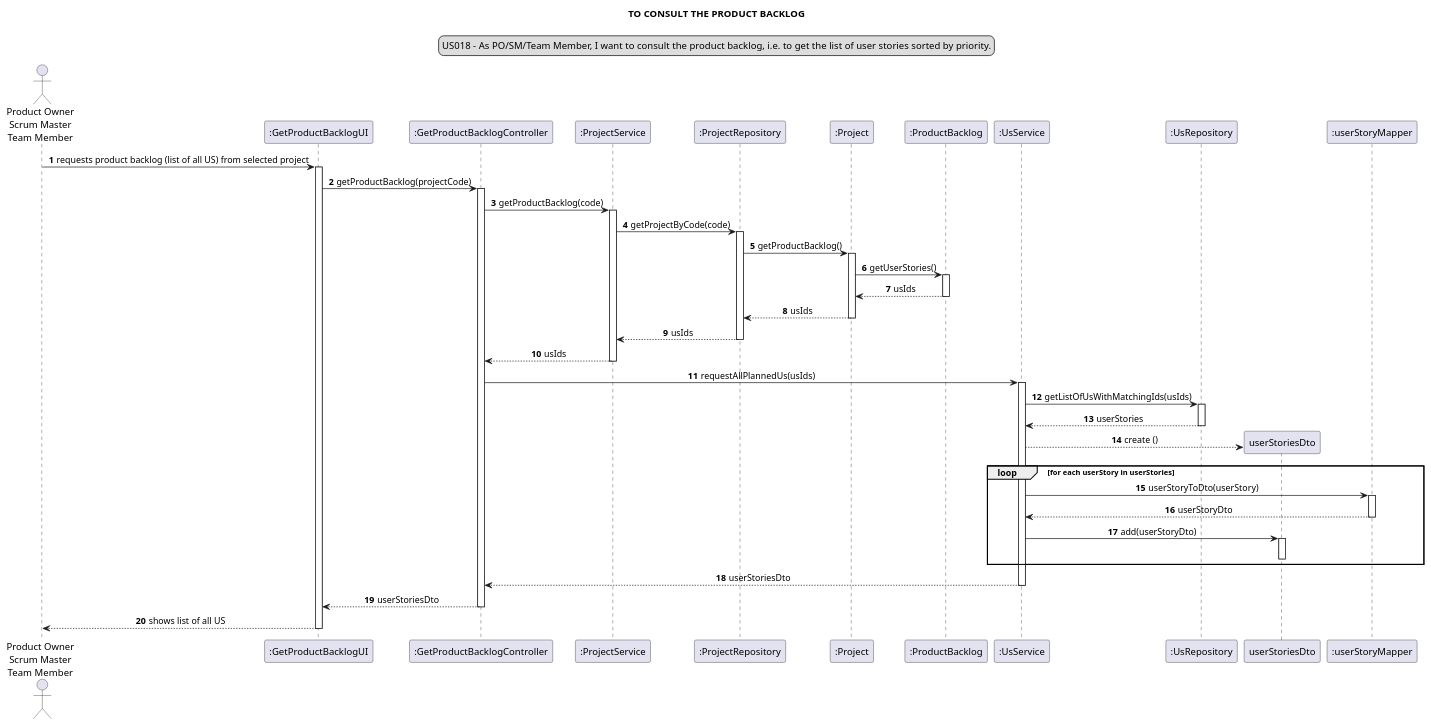
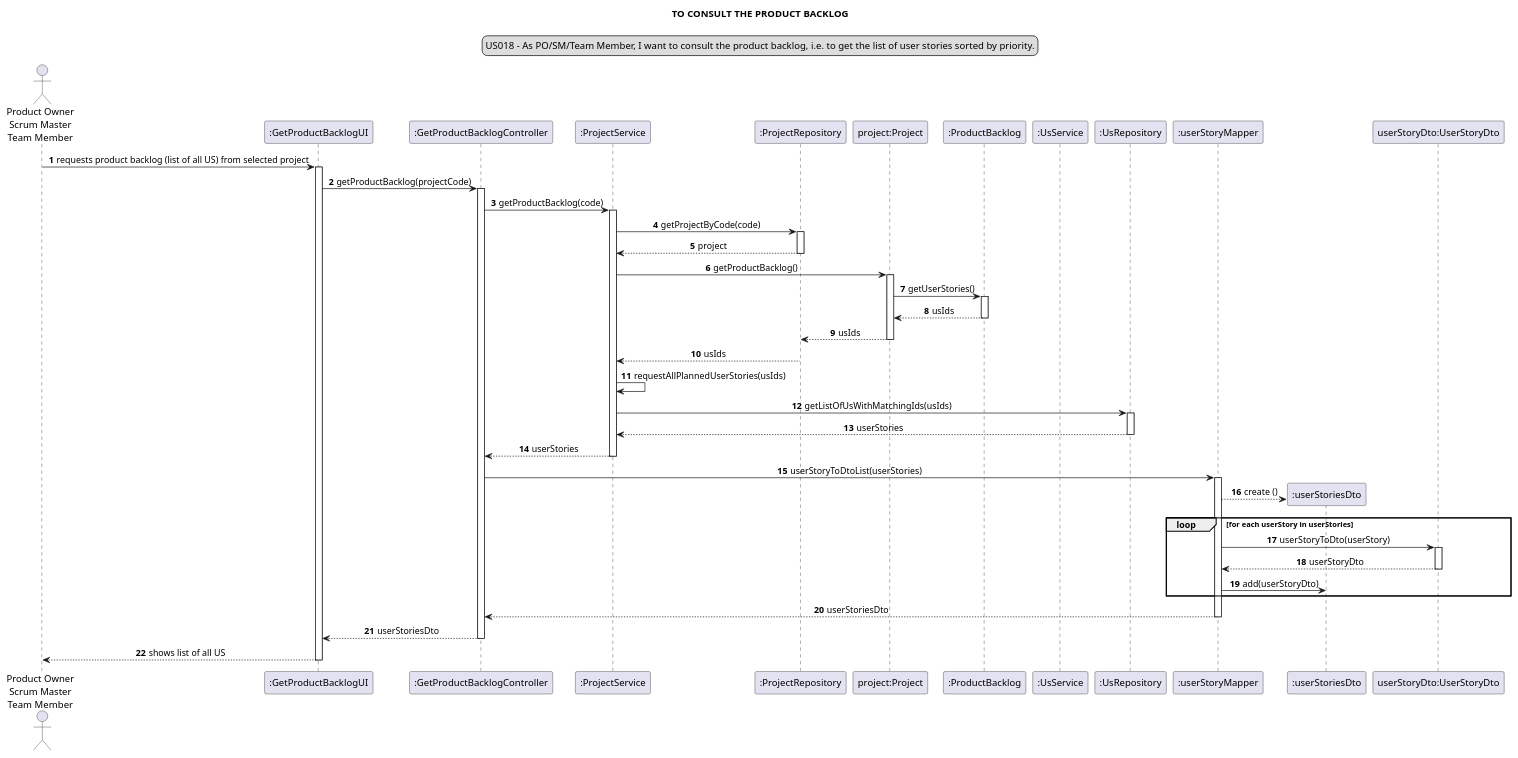
The diagram in docs/modelling_design/user_stories/sprint03/us018/US018_sequenceDiagram.puml (Loracline/project_switch_22-23), drawn with PlantUML before and after one commit.

Commit message:
US018 : Design: Update Sequence Diagram, addresses #275

```diff
--- a/docs/modelling_design/user_stories/sprint03/us018/US018_sequenceDiagram.puml
+++ b/docs/modelling_design/user_stories/sprint03/us018/US018_sequenceDiagram.puml
@@ -1,68 +1,77 @@
 @startuml
 skinparam sequenceMessageAlign center
 title TO CONSULT THE PRODUCT BACKLOG
 legend top
 US018 - As PO/SM/Team Member, I want to consult the product backlog, i.e. to get the list of user stories sorted by priority.
 end legend
 autonumber
 
 actor "Product Owner\nScrum Master\nTeam Member" as actor
 participant ":GetProductBacklogUI" as ui
 participant ":GetProductBacklogController" as controller
 participant ":ProjectService" as pservice
 participant ":ProjectRepository" as prepo
-participant ":Project" as project
+participant "project:Project" as project
 participant ":ProductBacklog" as backlog
 participant ":UsService" as uservice
 participant ":UsRepository" as usrep
-participant "userStoriesDto"
 participant ":userStoryMapper" as usmapper
+participant ":userStoriesDto" as userStoriesDto
+participant "userStoryDto:UserStoryDto" as userStoryDto
 
 
 
 actor -> ui: requests product backlog (list of all US) from selected project
 activate ui
 ui -> controller: getProductBacklog(projectCode)
 activate controller
 controller -> pservice: getProductBacklog(code)
 activate pservice
 pservice -> prepo: getProjectByCode(code)
 activate prepo
-prepo -> project: getProductBacklog()
+prepo --> pservice : project
+deactivate prepo
+pservice -> project: getProductBacklog()
 activate project
 project -> backlog: getUserStories()
 activate backlog
 backlog --> project: usIds
 deactivate backlog
 project --> prepo: usIds
 deactivate project
 prepo --> pservice: usIds
-deactivate prepo
-pservice --> controller: usIds
+
+
+pservice -> pservice : requestAllPlannedUserStories(usIds)
+
+pservice -> usrep : getListOfUsWithMatchingIds(usIds)
+activate usrep
+usrep --> pservice : userStories
+deactivate usrep
+pservice --> controller : userStories
 deactivate pservice
-controller -> uservice : requestAllPlannedUs(usIds)
-activate uservice
-uservice -> usrep : getListOfUsWithMatchingIds(usIds)
-activate usrep
-usrep --> uservice : userStories
-deactivate usrep
+controller -> usmapper: userStoryToDtoList(userStories)
+activate usmapper
 create "userStoriesDto"
-uservice --> userStoriesDto: create ()
+usmapper --> userStoriesDto: create ()
 loop for each userStory in userStories
-uservice -> usmapper:  userStoryToDto(userStory)
-activate usmapper
-usmapper --> uservice : userStoryDto
+usmapper -> userStoryDto:  userStoryToDto(userStory)
+activate userStoryDto
+userStoryDto --> usmapper : userStoryDto
+deactivate userStoryDto
+
+usmapper -> userStoriesDto: add(userStoryDto)
+
+
+end loop
+usmapper --> controller :userStoriesDto
 deactivate usmapper
-uservice -> "userStoriesDto": add(userStoryDto)
-activate "userStoriesDto"
-deactivate "userStoriesDto"
-end loop
 
-uservice --> controller: userStoriesDto
 deactivate uservice
+deactivate pservice
 controller --> ui : userStoriesDto
 deactivate controller
 
 ui --> actor: shows list of all US
 deactivate ui
 @enduml
```
